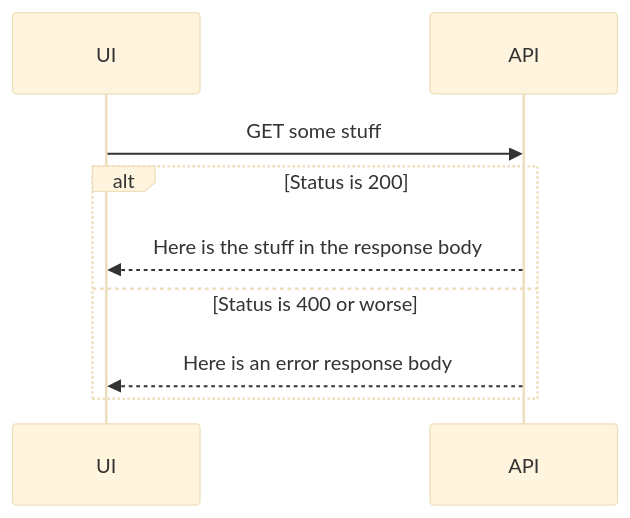
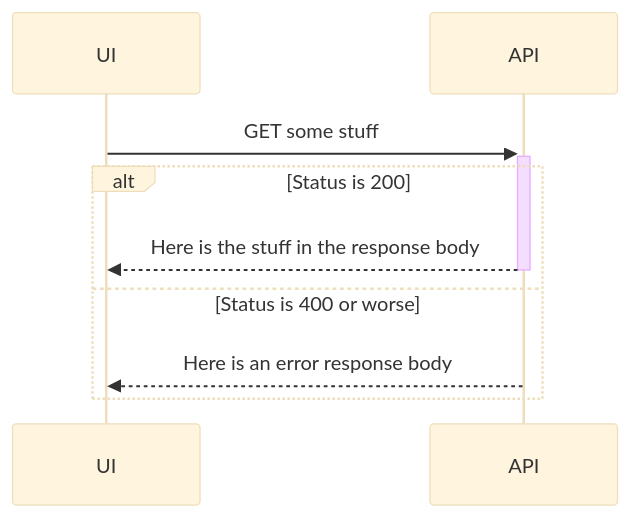
Before and after one commit to SruthiKorembathe/CICDImplementation: the fourth of 4 diagrams in Examples-of-diagramming.md, drawn with Mermaid (base theme).

Commit message:
Updated Examples of diagramming (markdown)

````diff
--- a/Examples-of-diagramming.md
+++ b/Examples-of-diagramming.md
@@ -61,9 +61,9 @@
 ```mermaid
 sequenceDiagram
-  UI ->> API: GET some stuff
+  UI ->>+ API: GET some stuff
   alt Status is 200
-    API -->> UI: Here is the stuff in the response body
+    API -->>- UI: Here is the stuff in the response body
   else Status is 400 or worse
     API -->> UI: Here is an error response body
   end
 ```
````
